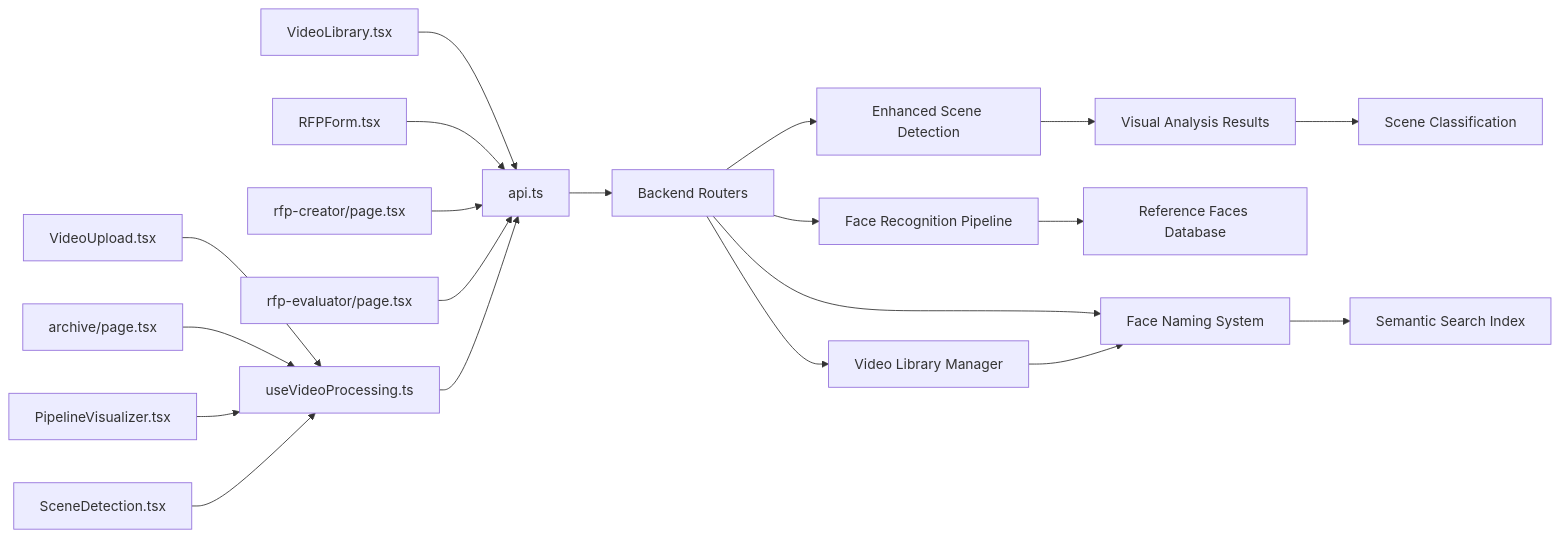
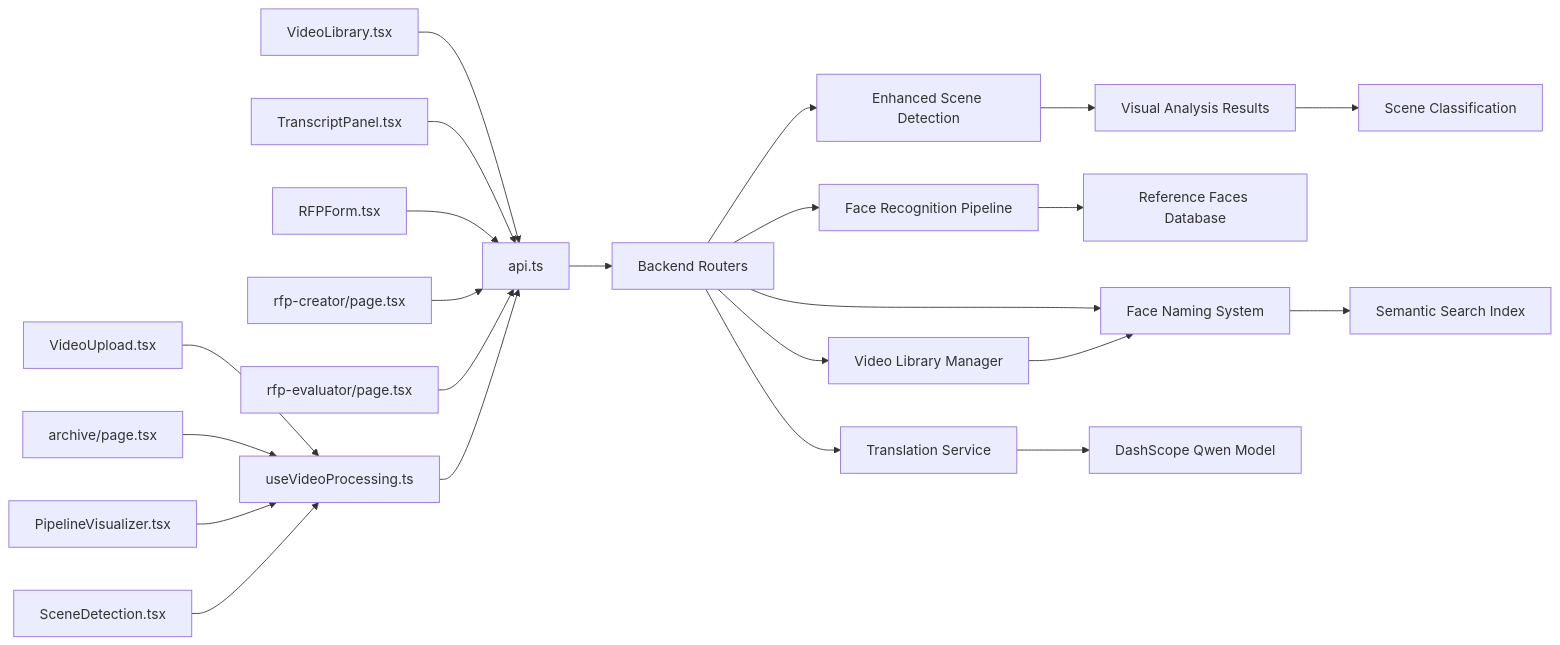
One commit to alexandreybasta-cyber/dubai-media-ai changed the third of 3 diagrams in .qoder/repowiki/en/content/Frontend Application/API Integration & State Management.md. Above: the diagram before and after it, drawn with Mermaid. The commit also changed other lines of this file and 73 other files, not shown here.

````diff
--- a/.qoder/repowiki/en/content/Frontend Application/API Integration & State Management.md
+++ b/.qoder/repowiki/en/content/Frontend Application/API Integration & State Management.md
@@ -681,22 +766,25 @@
 ```mermaid
 graph LR
 UI_A["VideoUpload.tsx"] --> Hook["useVideoProcessing.ts"]
 UI_B["archive/page.tsx"] --> Hook
 UI_C["PipelineVisualizer.tsx"] --> Hook
 UI_D["SceneDetection.tsx"] --> Hook
 UI_E["VideoLibrary.tsx"] --> API["api.ts"]
-UI_F["RFPForm.tsx"] --> API
-UI_G["rfp-creator/page.tsx"] --> API
-UI_H["rfp-evaluator/page.tsx"] --> API
+UI_F["TranscriptPanel.tsx"] --> API
+UI_G["RFPForm.tsx"] --> API
+UI_H["rfp-creator/page.tsx"] --> API
+UI_I["rfp-evaluator/page.tsx"] --> API
 Hook --> API
 API --> Backend["Backend Routers"]
 Backend --> FacePipeline["Face Recognition Pipeline"]
 Backend --> ScenePipeline["Enhanced Scene Detection"]
 Backend --> VideoLibrary["Video Library Manager"]
 Backend --> FaceNaming["Face Naming System"]
+Backend --> TranslationService["Translation Service"]
 FacePipeline --> ReferenceDB["Reference Faces Database"]
 ScenePipeline --> VisualAnalysis["Visual Analysis Results"]
 VideoLibrary --> FaceNaming
 VisualAnalysis --> SceneTypes["Scene Classification"]
 FaceNaming --> SearchIndex["Semantic Search Index"]
+TranslationService --> AIModel["DashScope Qwen Model"]
 ```
````
